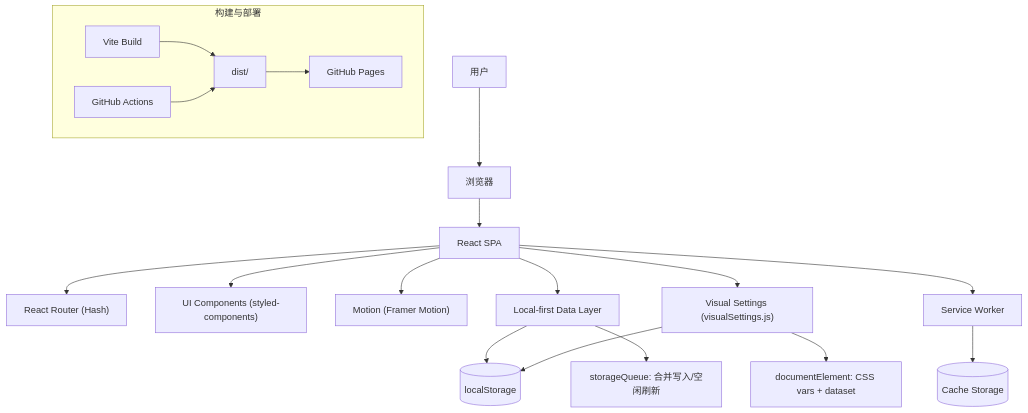
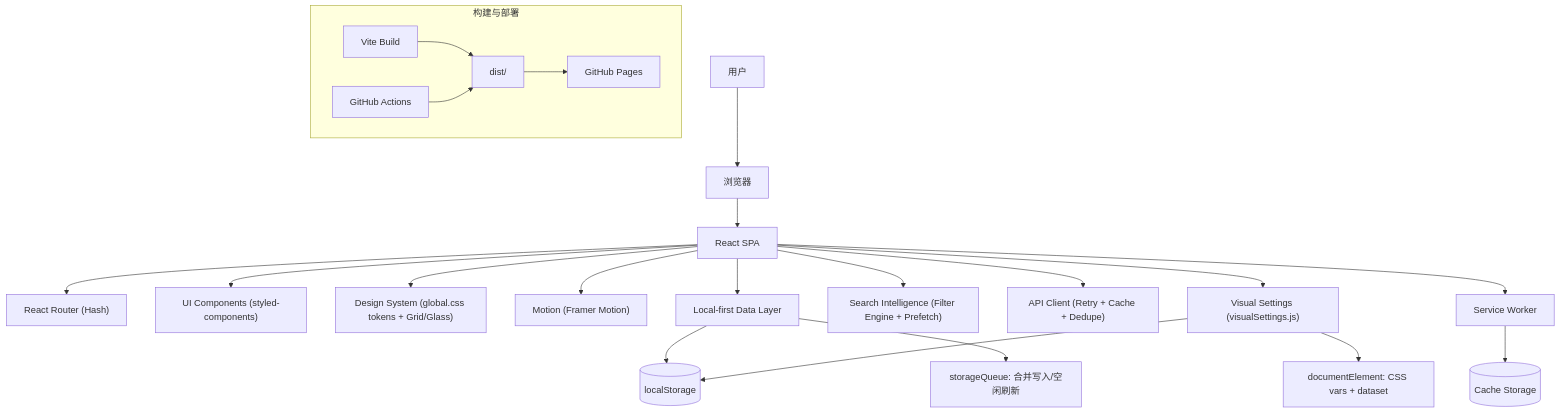
The first of 2 diagrams in helloagents/wiki/arch.md (TUR1412/Guoman), drawn with Mermaid before and after one commit. The commit also changed 13 other files, not shown here.

Commit message:
feat: infinite evolution (visual + search + api)

````diff
--- a/helloagents/wiki/arch.md
+++ b/helloagents/wiki/arch.md
@@ -5,26 +5,30 @@
 ```mermaid
 flowchart TD
   User[用户] --> Browser[浏览器]
   Browser --> App[React SPA]
 
   App --> Router["React Router (Hash)"]
   App --> UI["UI Components (styled-components)"]
+  App --> Design["Design System (global.css tokens + Grid/Glass)"]
   App --> Motion["Motion (Framer Motion)"]
 
   App --> Data["Local-first Data Layer"]
   Data --> LS[(localStorage)]
   Data --> Queue["storageQueue: 合并写入/空闲刷新"]
+
+  App --> Search["Search Intelligence (Filter Engine + Prefetch)"]
+  App --> Api["API Client (Retry + Cache + Dedupe)"]
 
   App --> Visual["Visual Settings (visualSettings.js)"]
   Visual --> LS
   Visual --> Root["documentElement: CSS vars + dataset"]
 
   App --> PWA[Service Worker]
   PWA --> Cache[(Cache Storage)]
 
   subgraph Build[构建与部署]
     Vite[Vite Build] --> Dist[dist/]
     Actions[GitHub Actions] --> Dist
     Dist --> Pages[GitHub Pages]
   end
 ```
````
